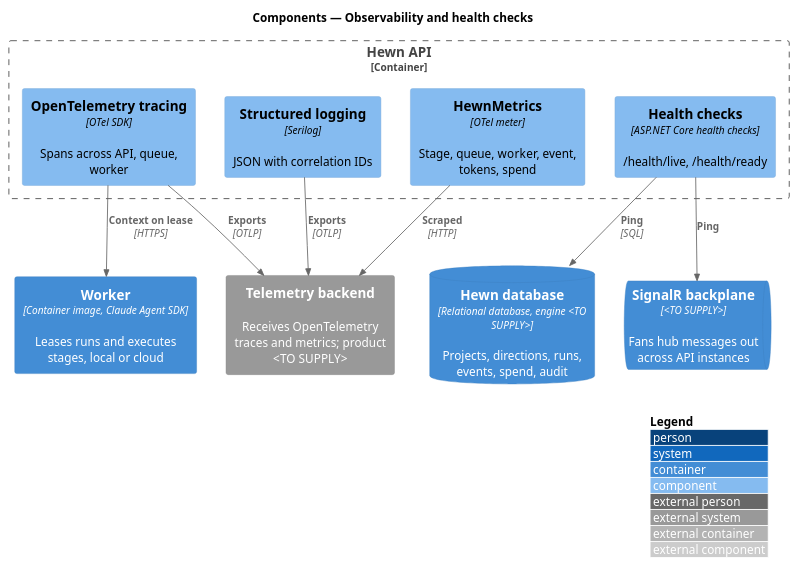
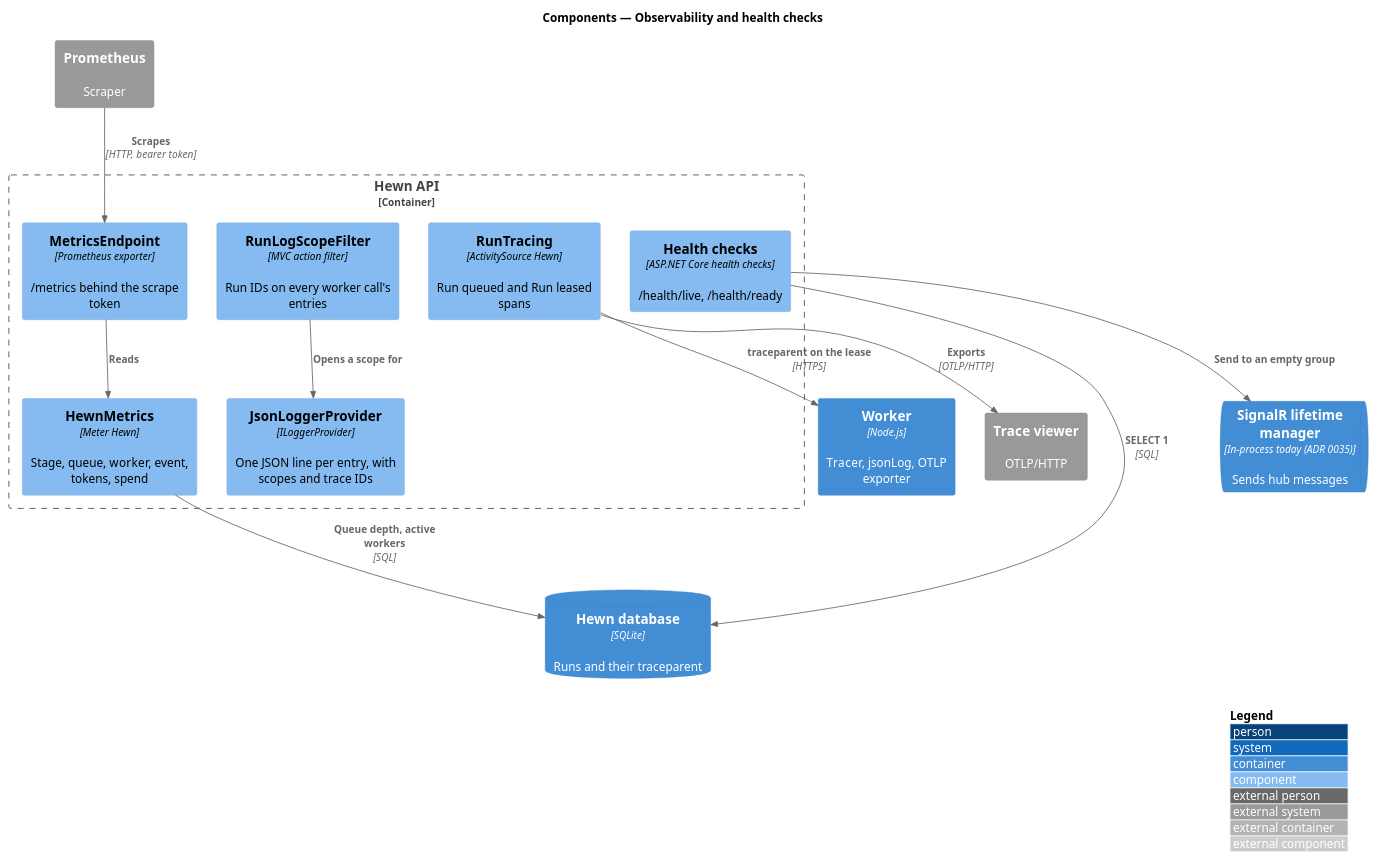
One commit to QuinntyneBrown/hewn changed the diagram in docs/detailed-designs/operations/observability-and-health/diagrams/c4-component.puml. Above: the diagram before and after it, drawn with PlantUML. The commit also changed 71 other files, not shown here.

```diff
--- a/docs/detailed-designs/operations/observability-and-health/diagrams/c4-component.puml
+++ b/docs/detailed-designs/operations/observability-and-health/diagrams/c4-component.puml
@@ -1,23 +1,28 @@
 @startuml
 !include <C4/C4_Component>
 LAYOUT_WITH_LEGEND()
 title Components — Observability and health checks
 
-ContainerDb(db, "Hewn database", "Relational database, engine <TO SUPPLY>", "Projects, directions, runs, events, spend, audit")
-ContainerQueue(backplane, "SignalR backplane", "<TO SUPPLY>", "Fans hub messages out across API instances")
-Container(worker, "Worker", "Container image, Claude Agent SDK", "Leases runs and executes stages, local or cloud")
+ContainerDb(db, "Hewn database", "SQLite", "Runs and their traceparent")
+ContainerQueue(backplane, "SignalR lifetime manager", "In-process today (ADR 0035)", "Sends hub messages")
+Container(worker, "Worker", "Node.js", "Tracer, jsonLog, OTLP exporter")
 Container_Boundary(api_b, "Hewn API") {
-  Component(log, "Structured logging", "Serilog", "JSON with correlation IDs")
-  Component(trace, "OpenTelemetry tracing", "OTel SDK", "Spans across API, queue, worker")
-  Component(metrics, "HewnMetrics", "OTel meter", "Stage, queue, worker, event, tokens, spend")
+  Component(log, "JsonLoggerProvider", "ILoggerProvider", "One JSON line per entry, with scopes and trace IDs")
+  Component(scope, "RunLogScopeFilter", "MVC action filter", "Run IDs on every worker call's entries")
+  Component(trace, "RunTracing", "ActivitySource Hewn", "Run queued and Run leased spans")
+  Component(metrics, "HewnMetrics", "Meter Hewn", "Stage, queue, worker, event, tokens, spend")
+  Component(scrape, "MetricsEndpoint", "Prometheus exporter", "/metrics behind the scrape token")
   Component(health, "Health checks", "ASP.NET Core health checks", "/health/live, /health/ready")
 }
-System_Ext(telemetry, "Telemetry backend", "Receives OpenTelemetry traces and metrics; product <TO SUPPLY>")
+System_Ext(jaeger, "Trace viewer", "OTLP/HTTP")
+System_Ext(prometheus, "Prometheus", "Scraper")
 
-Rel(log, telemetry, "Exports", "OTLP")
-Rel(trace, telemetry, "Exports", "OTLP")
-Rel(metrics, telemetry, "Scraped", "HTTP")
-Rel(health, db, "Ping", "SQL")
-Rel(health, backplane, "Ping")
-Rel(trace, worker, "Context on lease", "HTTPS")
+Rel(scope, log, "Opens a scope for")
+Rel(trace, jaeger, "Exports", "OTLP/HTTP")
+Rel(trace, worker, "traceparent on the lease", "HTTPS")
+Rel(scrape, metrics, "Reads")
+Rel(prometheus, scrape, "Scrapes", "HTTP, bearer token")
+Rel(metrics, db, "Queue depth, active workers", "SQL")
+Rel(health, db, "SELECT 1", "SQL")
+Rel(health, backplane, "Send to an empty group")
 @enduml
```
